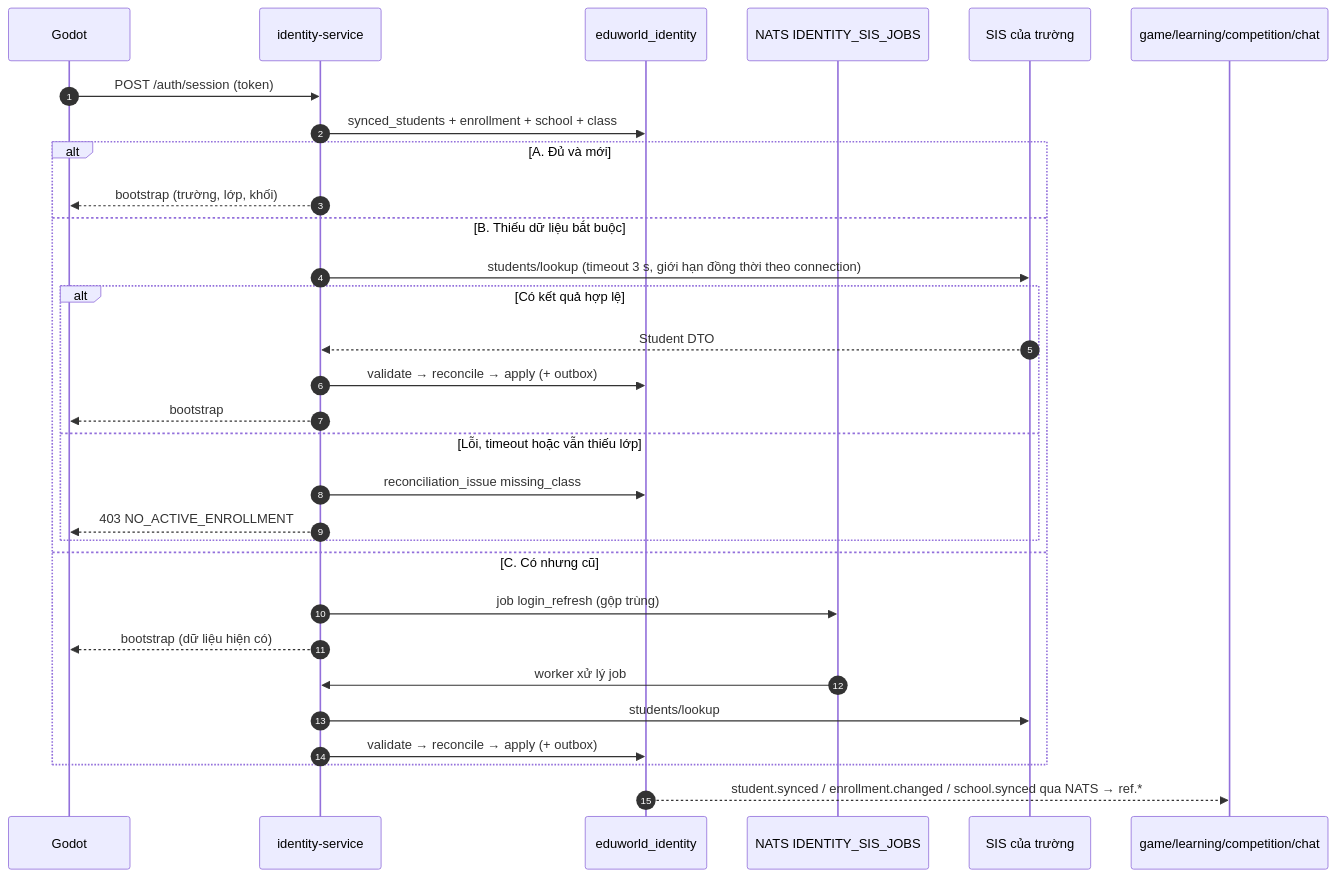
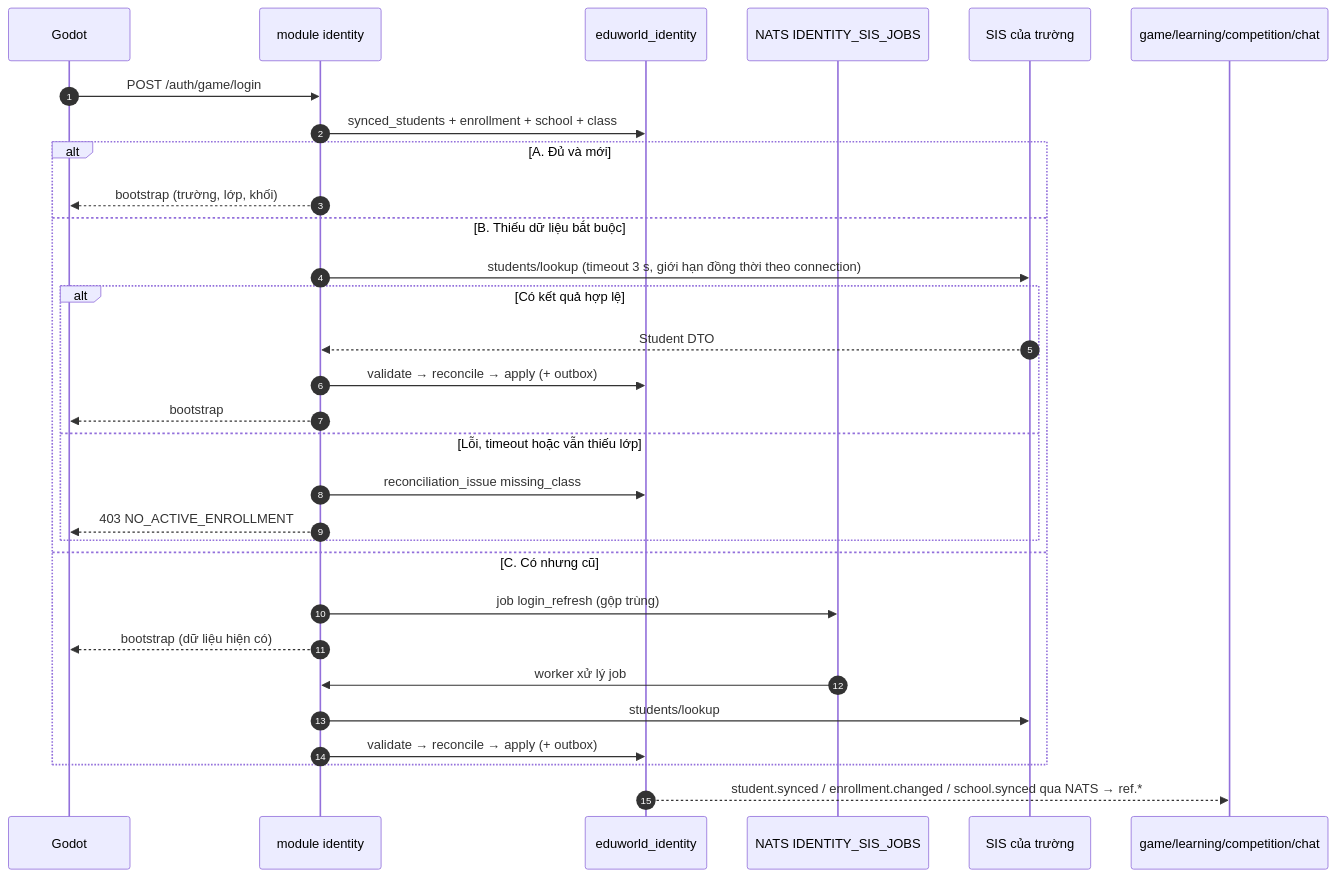
One commit to tanguyen2020/eduworld-platform changed the second of 3 diagrams in docs/09-identity/SIS_INTEGRATION.md. Above: the diagram before and after it, drawn with Mermaid. The commit also changed other lines of this file and 922 other files, not shown here.

````diff
--- a/docs/09-identity/SIS_INTEGRATION.md
+++ b/docs/09-identity/SIS_INTEGRATION.md
@@ -236,32 +219,32 @@
 ```mermaid
 sequenceDiagram
   autonumber
   participant G as Godot
-  participant ID as identity-service
+  participant ID as module identity
   participant DB as eduworld_identity
   participant Q as NATS IDENTITY_SIS_JOBS
   participant SIS as SIS của trường
   participant SVC as game/learning/competition/chat
-  G->>ID: POST /auth/session (token)
+  G->>ID: POST /auth/game/login
   ID->>DB: synced_students + enrollment + school + class
   alt A. Đủ và mới
     ID-->>G: bootstrap (trường, lớp, khối)
   else B. Thiếu dữ liệu bắt buộc
     ID->>SIS: students/lookup (timeout 3 s, giới hạn đồng thời theo connection)
     alt Có kết quả hợp lệ
       SIS-->>ID: Student DTO
       ID->>DB: validate → reconcile → apply (+ outbox)
       ID-->>G: bootstrap
     else Lỗi, timeout hoặc vẫn thiếu lớp
       ID->>DB: reconciliation_issue missing_class
       ID-->>G: 403 NO_ACTIVE_ENROLLMENT
     end
   else C. Có nhưng cũ
     ID->>Q: job login_refresh (gộp trùng)
     ID-->>G: bootstrap (dữ liệu hiện có)
     Q->>ID: worker xử lý job
     ID->>SIS: students/lookup
     ID->>DB: validate → reconcile → apply (+ outbox)
   end
   DB-->>SVC: student.synced / enrollment.changed / school.synced qua NATS → ref.*
 ```
````
